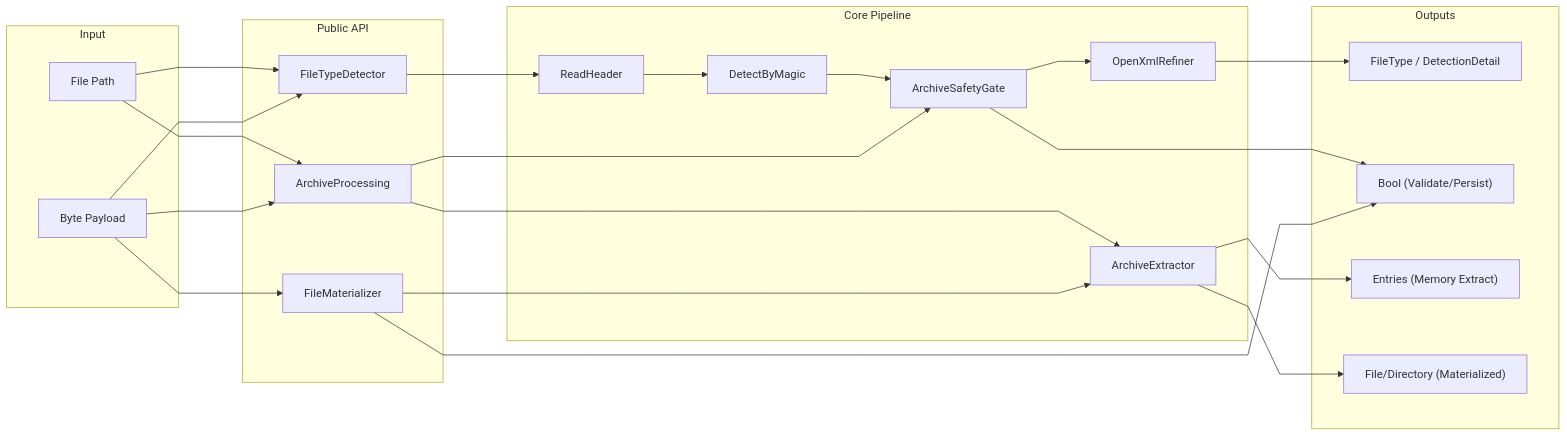
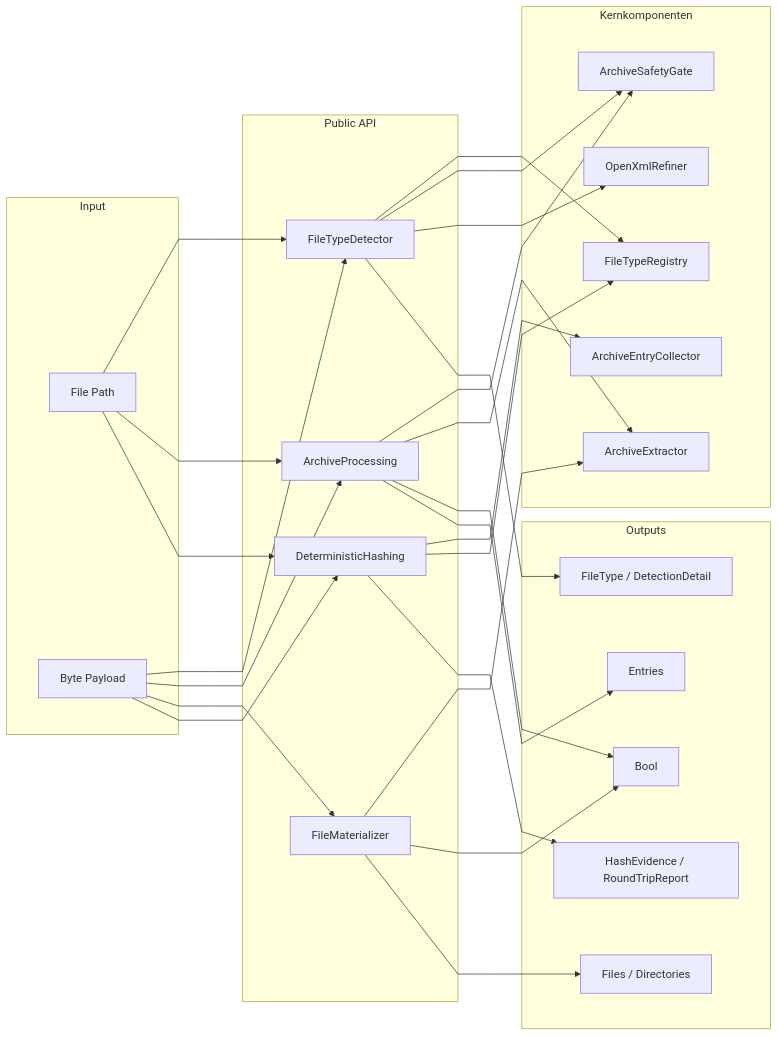
The second of 10 diagrams in docs/020_ARCH_CORE.MD (tomtastisch/FileClassifier), drawn with Mermaid before and after one commit. The commit also changed other lines of this file and 1 other file, not shown here.

Commit message:
Simplify root architecture chart and move detail to docs flow view

````diff
--- a/docs/020_ARCH_CORE.MD
+++ b/docs/020_ARCH_CORE.MD
@@ -50,41 +51,55 @@
 ```mermaid
 %%{init: {"flowchart": {"curve": "linear", "nodeSpacing": 80, "rankSpacing": 90}, "themeVariables": {"fontSize": "16px"}}}%%
 flowchart LR
-  subgraph INPUT["Input"]
-    FP["File Path"]
-    BP["Byte Payload"]
-  end
+    subgraph INPUT["Input"]
+        FP["File Path"]
+        BP["Byte Payload"]
+    end
 
-  subgraph API["Public API"]
-    FTD["FileTypeDetector"]
-    AP["ArchiveProcessing"]
-    FM["FileMaterializer"]
-  end
+    subgraph API["Public API"]
+        FTD["FileTypeDetector"]
+        AP["ArchiveProcessing"]
+        FM["FileMaterializer"]
+        DH["DeterministicHashing"]
+    end
 
-  subgraph CORE["Core Pipeline"]
-    RH["ReadHeader"]
-    DM["DetectByMagic"]
-    ASG["ArchiveSafetyGate"]
-    OXR["OpenXmlRefiner"]
-    AX["ArchiveExtractor"]
-  end
+    subgraph CORE["Kernkomponenten"]
+        REG["FileTypeRegistry"]
+        GATE["ArchiveSafetyGate"]
+        EXT["ArchiveExtractor"]
+        COL["ArchiveEntryCollector"]
+        REF["OpenXmlRefiner"]
+    end
 
-  subgraph OUT["Outputs"]
-    T["FileType / DetectionDetail"]
-    V["Bool (Validate/Persist)"]
-    E["Entries (Memory Extract)"]
-    F["File/Directory (Materialized)"]
-  end
+    subgraph OUT["Outputs"]
+        T["FileType / DetectionDetail"]
+        V["Bool"]
+        E["Entries"]
+        F["Files / Directories"]
+        H["HashEvidence / RoundTripReport"]
+    end
 
-	  FP --> FTD
-	  BP --> FTD
-	  FP --> AP
-	  BP --> AP
-	  BP --> FM
+    FP --> FTD
+    BP --> FTD
+    FP --> AP
+    BP --> AP
+    BP --> FM
+    FP --> DH
+    BP --> DH
 
-	  FTD --> RH --> DM --> ASG --> OXR --> T
-	  AP --> ASG --> V
-	  AP --> AX --> E
-	  FM --> AX --> F
-	  FM --> V
+    FTD --> REG
+    FTD --> GATE
+    FTD --> REF
+    AP --> GATE
+    AP --> EXT
+    FM --> EXT
+    DH --> COL
+    DH --> REG
+
+    FTD --> T
+    AP --> V
+    AP --> E
+    FM --> V
+    FM --> F
+    DH --> H
 ```
````
